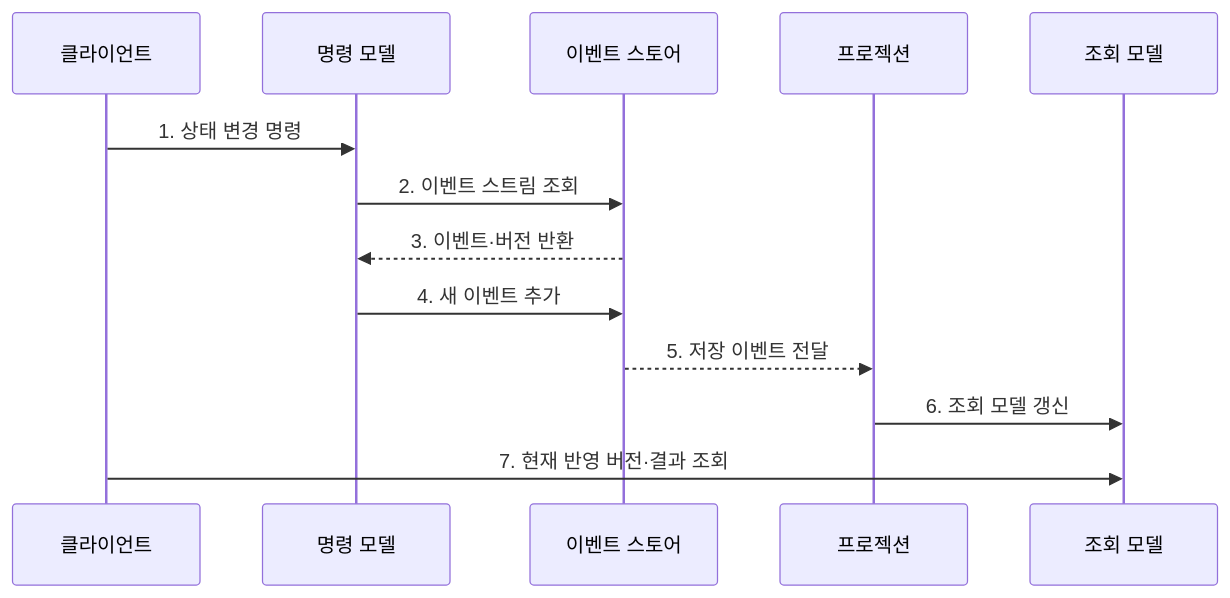
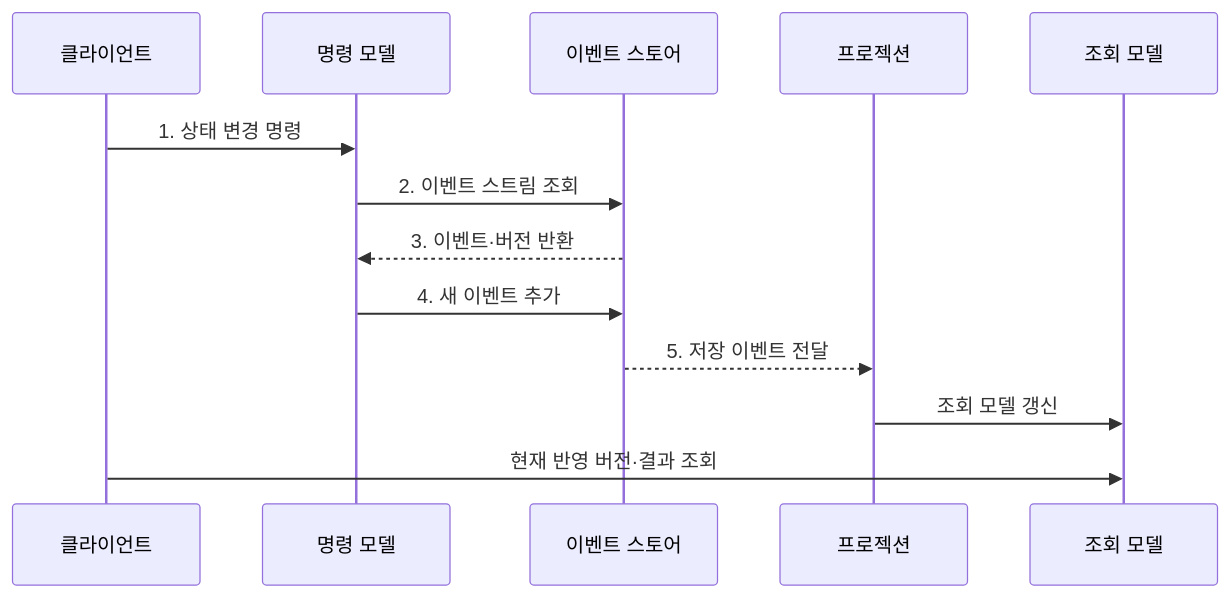
The second of 2 diagrams in src/content/docs/notes/03-software/043_event_sourcing_cqrs.md (agnusdei1207/knowledge-base), drawn with Mermaid before and after one commit. The commit also changed other lines of this file and 238 other files, not shown here.

````diff
--- a/src/content/docs/notes/03-software/043_event_sourcing_cqrs.md
+++ b/src/content/docs/notes/03-software/043_event_sourcing_cqrs.md
@@ -88,15 +90,15 @@
 ```mermaid
 sequenceDiagram
     participant C as 클라이언트
     participant M as 명령 모델
     participant E as 이벤트 스토어
     participant P as 프로젝션
     participant R as 조회 모델
     C->>M: 1. 상태 변경 명령
     M->>E: 2. 이벤트 스트림 조회
     E-->>M: 3. 이벤트·버전 반환
     M->>E: 4. 새 이벤트 추가
     E-->>P: 5. 저장 이벤트 전달
-    P->>R: 6. 조회 모델 갱신
-    C->>R: 7. 현재 반영 버전·결과 조회
+    P->>R: 조회 모델 갱신
+    C->>R: 현재 반영 버전·결과 조회
 ```
````
